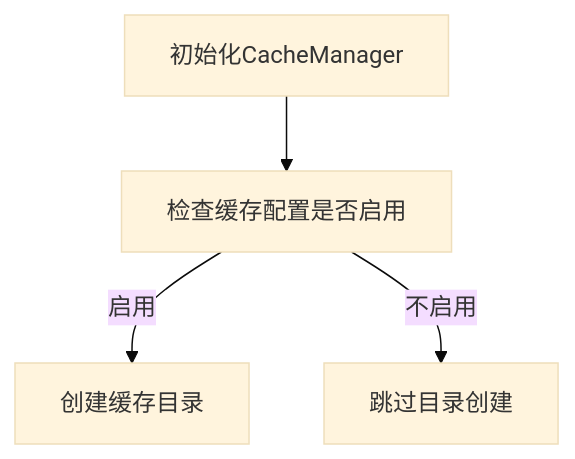
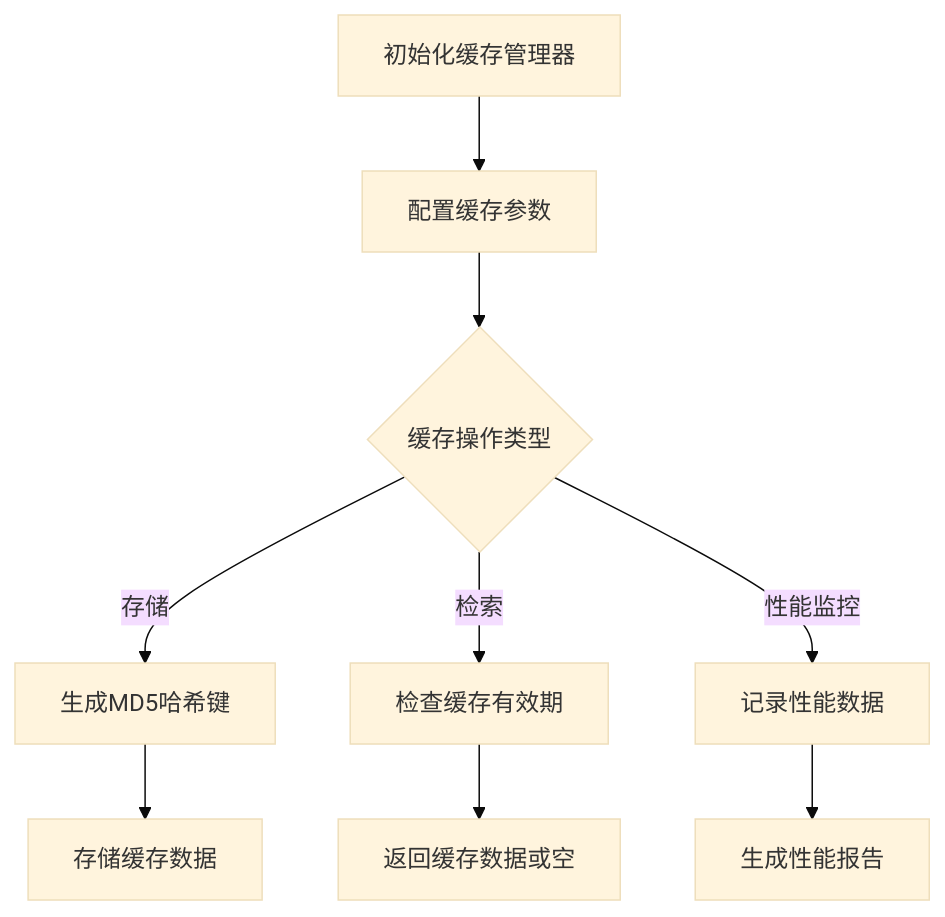
The diagram in litho.docs/CoreComponents/mod.md (BigtoC/deepwiki-rs), drawn with Mermaid (base theme) before and after one commit. The commit also changed other lines of this file and 18 other files, not shown here.

````diff
--- a/litho.docs/CoreComponents/mod.md
+++ b/litho.docs/CoreComponents/mod.md
@@ -13,6 +14,11 @@
 ```mermaid
 flowchart TD
-    A[初始化CacheManager] --> B[检查缓存配置是否启用]
-    B -->|启用| C[创建缓存目录]
-    B -->|不启用| D[跳过目录创建]
+    A[初始化缓存管理器] --> B[配置缓存参数]
+    B --> C{缓存操作类型}
+    C -->|存储| D[生成MD5哈希键]
+    D --> E[存储缓存数据]
+    C -->|检索| F[检查缓存有效期]
+    F --> G[返回缓存数据或空]
+    C -->|性能监控| H[记录性能数据]
+    H --> I[生成性能报告]
 ```
````
